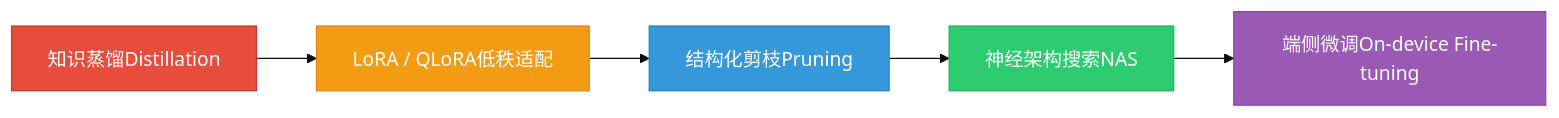
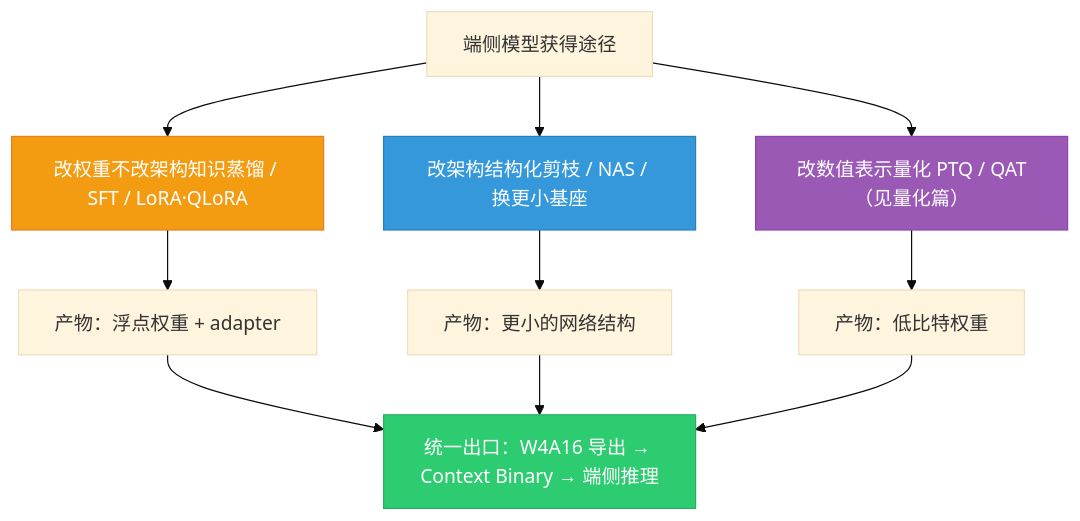
Before and after one commit to ranpin/edge-ai-docs: the second of 5 diagrams in cockpit/general/training.md, drawn with Mermaid (base theme). The commit also changed other lines of this file and 4 other files, not shown here.

````diff
--- a/cockpit/general/training.md
+++ b/cockpit/general/training.md
@@ -76,13 +84,17 @@
 ```mermaid
-flowchart LR
-    A["知识蒸馏Distillation"] --> B["LoRA / QLoRA低秩适配"]
-    B --> C["结构化剪枝Pruning"]
-    C --> D["神经架构搜索NAS"]
-    D --> E["端侧微调On-device Fine-tuning"]
+flowchart TB
+    ROOT["端侧模型获得途径"] --> A["改权重不改架构知识蒸馏 / SFT / LoRA·QLoRA"]
+    ROOT --> B["改架构结构化剪枝 / NAS / 换更小基座"]
+    ROOT --> C["改数值表示量化 PTQ / QAT（见量化篇）"]
+    A --> D["产物：浮点权重 + adapter"]
+    B --> E["产物：更小的网络结构"]
+    C --> F["产物：低比特权重"]
+    D --> G["统一出口：W4A16 导出 → Context Binary → 端侧推理"]
+    E --> G
+    F --> G
 
-    style A fill:#e74c3c,color:#fff,stroke:#c0392b
-    style B fill:#f39c12,color:#fff,stroke:#e67e22
-    style C fill:#3498db,color:#fff,stroke:#2980b9
-    style D fill:#2ecc71,color:#fff,stroke:#27ae60
-    style E fill:#9b59b6,color:#fff,stroke:#8e44ad
+    style A fill:#f39c12,color:#fff,stroke:#e67e22
+    style B fill:#3498db,color:#fff,stroke:#2980b9
+    style C fill:#9b59b6,color:#fff,stroke:#8e44ad
+    style G fill:#2ecc71,color:#fff,stroke:#27ae60
 ```
````
